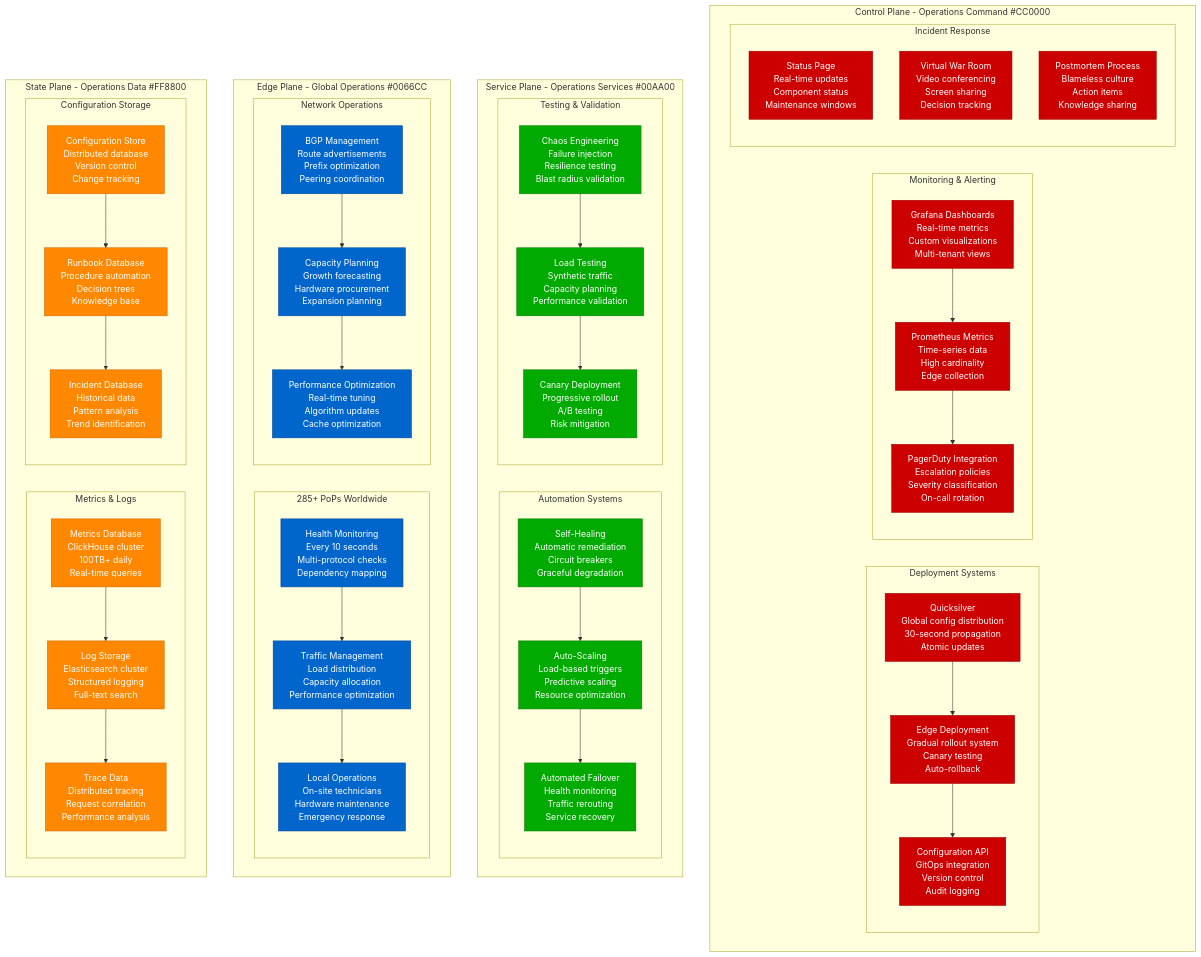
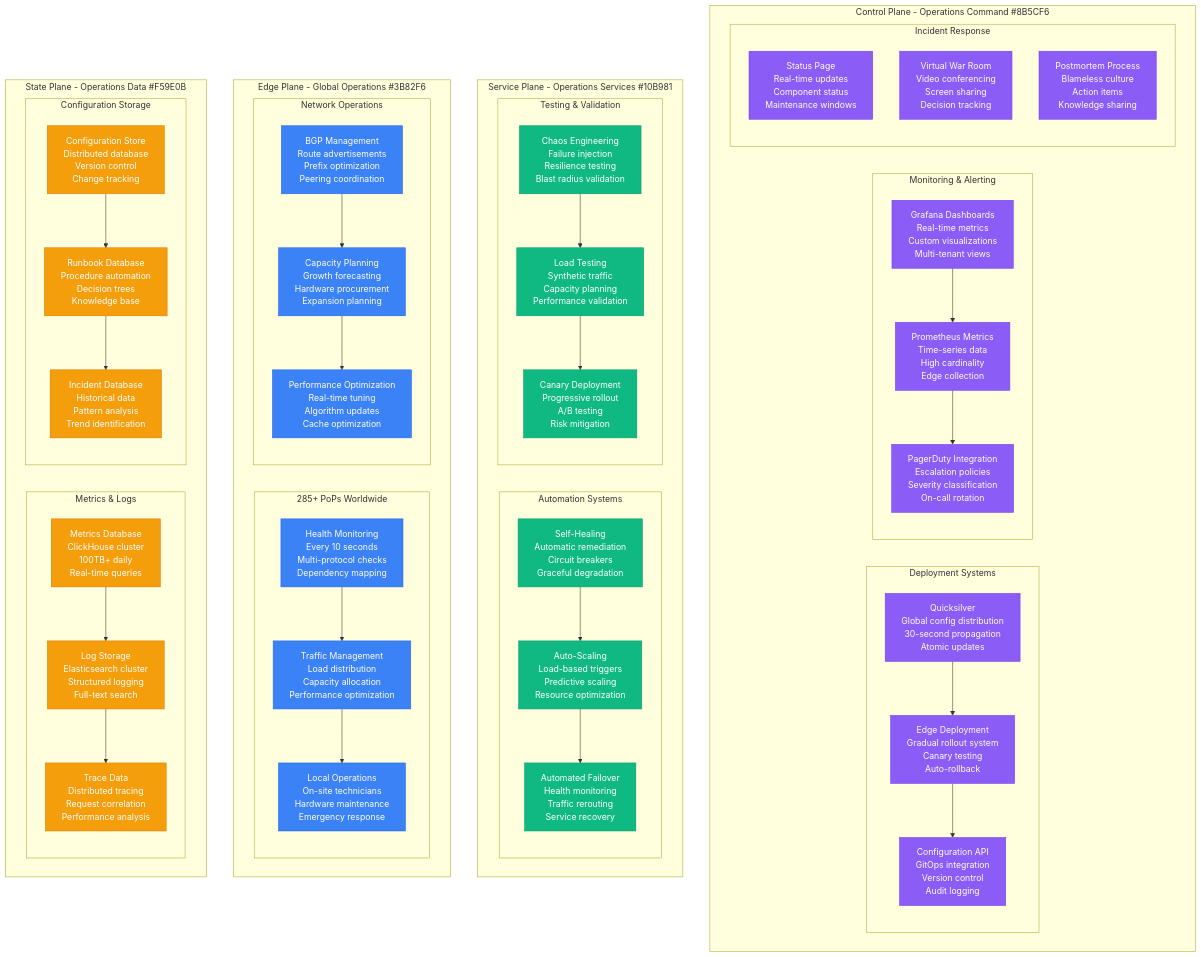
One commit to deepaucksharma/DS changed the first of 8 diagrams in site/docs/systems/cloudflare/production-operations.md. Above: the diagram before and after it, drawn with Mermaid. The commit also changed other lines of this file and 303 other files, not shown here.

````diff
--- a/site/docs/systems/cloudflare/production-operations.md
+++ b/site/docs/systems/cloudflare/production-operations.md
@@ -9,6 +9,6 @@
 ```mermaid
 graph TB
-    subgraph "Control Plane - Operations Command #CC0000"
+    subgraph "Control Plane - Operations Command #8B5CF6"
         subgraph "Deployment Systems"
             QUICKSILVER[Quicksilver<br/>Global config distribution<br/>30-second propagation<br/>Atomic updates]
             EDGE_DEPLOY[Edge Deployment<br/>Gradual rollout system<br/>Canary testing<br/>Auto-rollback]
@@ -28,7 +28,7 @@
         end
     end
 
-    subgraph "Service Plane - Operations Services #00AA00"
+    subgraph "Service Plane - Operations Services #10B981"
         subgraph "Automation Systems"
             HEALING[Self-Healing<br/>Automatic remediation<br/>Circuit breakers<br/>Graceful degradation]
             SCALING[Auto-Scaling<br/>Load-based triggers<br/>Predictive scaling<br/>Resource optimization]
@@ -42,7 +42,7 @@
         end
     end
 
-    subgraph "Edge Plane - Global Operations #0066CC"
+    subgraph "Edge Plane - Global Operations #3B82F6"
         subgraph "285+ PoPs Worldwide"
             HEALTH_CHECK[Health Monitoring<br/>Every 10 seconds<br/>Multi-protocol checks<br/>Dependency mapping]
             TRAFFIC_MGMT[Traffic Management<br/>Load distribution<br/>Capacity allocation<br/>Performance optimization]
@@ -56,7 +56,7 @@
         end
     end
 
-    subgraph "State Plane - Operations Data #FF8800"
+    subgraph "State Plane - Operations Data #F59E0B"
         subgraph "Metrics & Logs"
             METRICS_DB[Metrics Database<br/>ClickHouse cluster<br/>100TB+ daily<br/>Real-time queries]
             LOG_STORAGE[Log Storage<br/>Elasticsearch cluster<br/>Structured logging<br/>Full-text search]
@@ -92,10 +92,10 @@
     RUNBOOK_DB --> INCIDENT_DB
 
     %% Apply four-plane colors
-    classDef controlStyle fill:#CC0000,stroke:#990000,color:#fff
-    classDef serviceStyle fill:#00AA00,stroke:#007700,color:#fff
-    classDef edgeStyle fill:#0066CC,stroke:#004499,color:#fff
-    classDef stateStyle fill:#FF8800,stroke:#CC6600,color:#fff
+    classDef controlStyle fill:#8B5CF6,stroke:#7C3AED,color:#fff
+    classDef serviceStyle fill:#10B981,stroke:#059669,color:#fff
+    classDef edgeStyle fill:#3B82F6,stroke:#2563EB,color:#fff
+    classDef stateStyle fill:#F59E0B,stroke:#D97706,color:#fff
 
     class QUICKSILVER,EDGE_DEPLOY,CONFIG_API,GRAFANA,PROMETHEUS,PAGERDUTY,STATUS_PAGE,WAR_ROOM,POSTMORTEM controlStyle
     class HEALING,SCALING,FAILOVER,CHAOS,LOAD_TEST,CANARY serviceStyle
````
